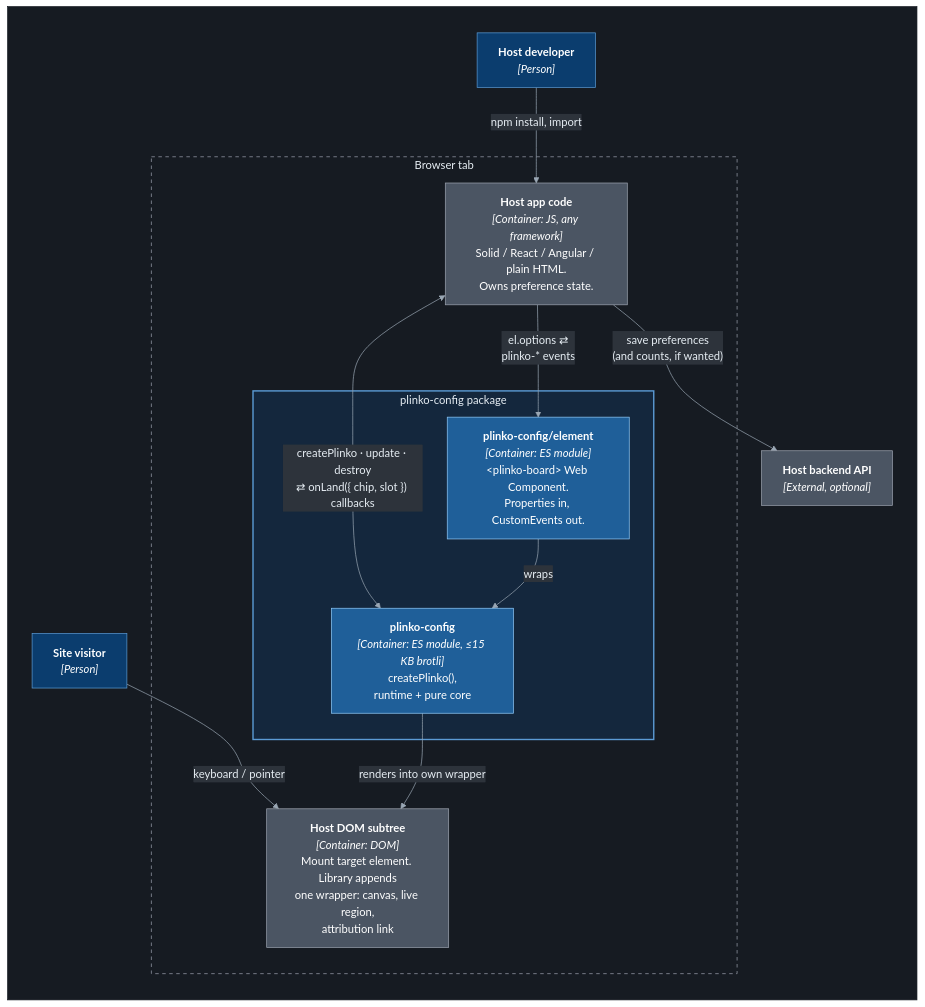
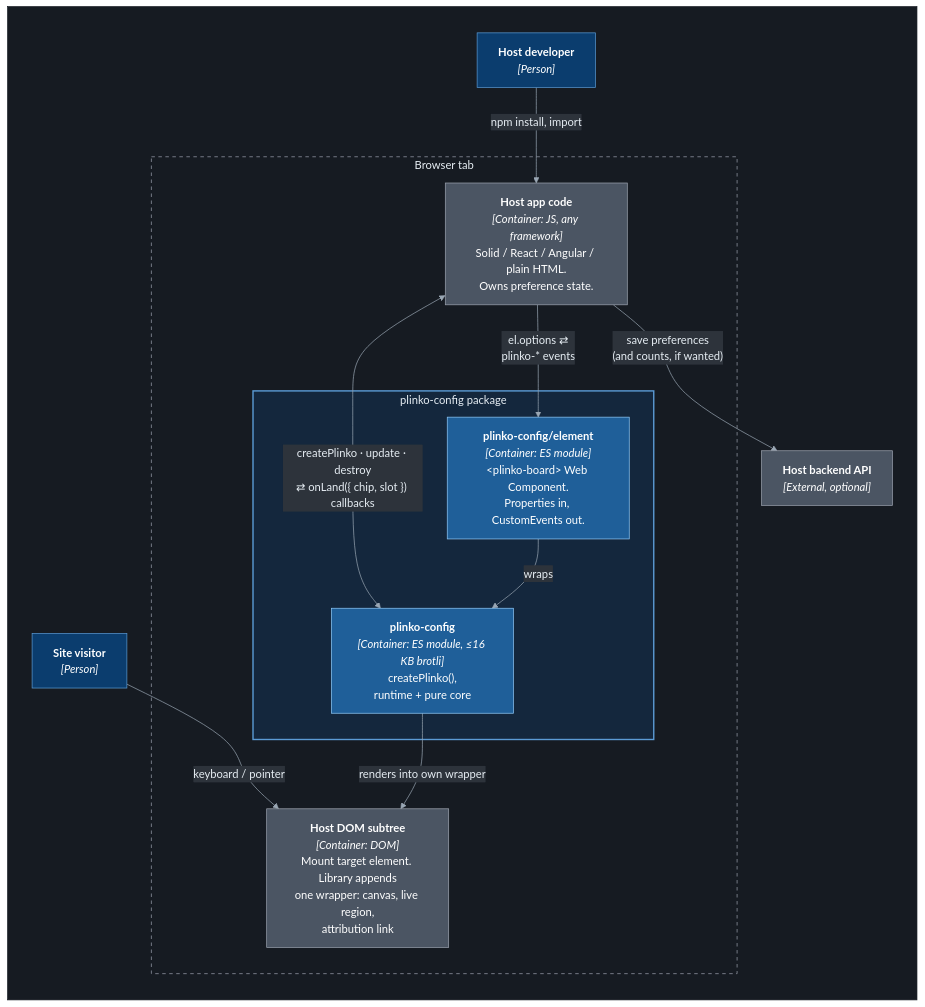
The second of 10 diagrams in docs/ARCHITECTURE.md (alanbickel/plinko-config), drawn with Mermaid before and after one commit. The commit also changed other lines of this file and 15 other files, not shown here.

````diff
--- a/docs/ARCHITECTURE.md
+++ b/docs/ARCHITECTURE.md
@@ -67,38 +67,38 @@
 ```mermaid
 %%{init: {"theme":"base","themeVariables":{"lineColor":"#9aa7b4","textColor":"#e6edf3","primaryTextColor":"#e6edf3","edgeLabelBackground":"#2d333b","clusterBkg":"#161b22","clusterBorder":"#30363d","titleColor":"#e6edf3"}}}%%
 flowchart TB
     subgraph canvas[" "]
         direction TB
 
         dev["<b>Host developer</b><br/><i>[Person]</i>"]:::person
         visitor["<b>Site visitor</b><br/><i>[Person]</i>"]:::person
 
         subgraph browser["Browser tab"]
             hostApp["<b>Host app code</b><br/><i>[Container: JS, any framework]</i><br/>Solid / React / Angular / plain HTML.<br/>Owns preference state."]:::external
 
             subgraph pkg["plinko-config package"]
                 element["<b>plinko-config/element</b><br/><i>[Container: ES module]</i><br/>&lt;plinko-board&gt; Web Component.<br/>Properties in, CustomEvents out."]:::container
-                core["<b>plinko-config</b><br/><i>[Container: ES module, ≤15 KB brotli]</i><br/>createPlinko(),<br/>runtime + pure core"]:::container
+                core["<b>plinko-config</b><br/><i>[Container: ES module, ≤16 KB brotli]</i><br/>createPlinko(),<br/>runtime + pure core"]:::container
             end
 
             dom["<b>Host DOM subtree</b><br/><i>[Container: DOM]</i><br/>Mount target element. Library appends<br/>one wrapper: canvas, live region,<br/>attribution link"]:::external
         end
 
         backend["<b>Host backend API</b><br/><i>[External, optional]</i>"]:::external
 
         dev -- "npm install, import" --> hostApp
         hostApp -- "el.options ⇄<br/>plinko-* events" --> element
         hostApp <-- "createPlinko · update · destroy<br/>⇄ onLand({ chip, slot }) callbacks" --> core
         element -- "wraps" --> core
         visitor -- "keyboard / pointer" --> dom
         core -- "renders into own wrapper" --> dom
         hostApp -- "save preferences<br/>(and counts, if wanted)" --> backend
     end
 
     classDef person fill:#0b3d6e,stroke:#5b9bd5,color:#ffffff
     classDef container fill:#1f5f99,stroke:#90caf9,color:#ffffff
     classDef external fill:#4b5563,stroke:#9ca3af,color:#ffffff
     style canvas fill:#161b22,stroke:#161b22
     style browser fill:#161b22,stroke:#9ca3af,stroke-dasharray:5 5,color:#e6edf3
     style pkg fill:#14273d,stroke:#5b9bd5,stroke-width:2px,color:#e6edf3
 ```
````
